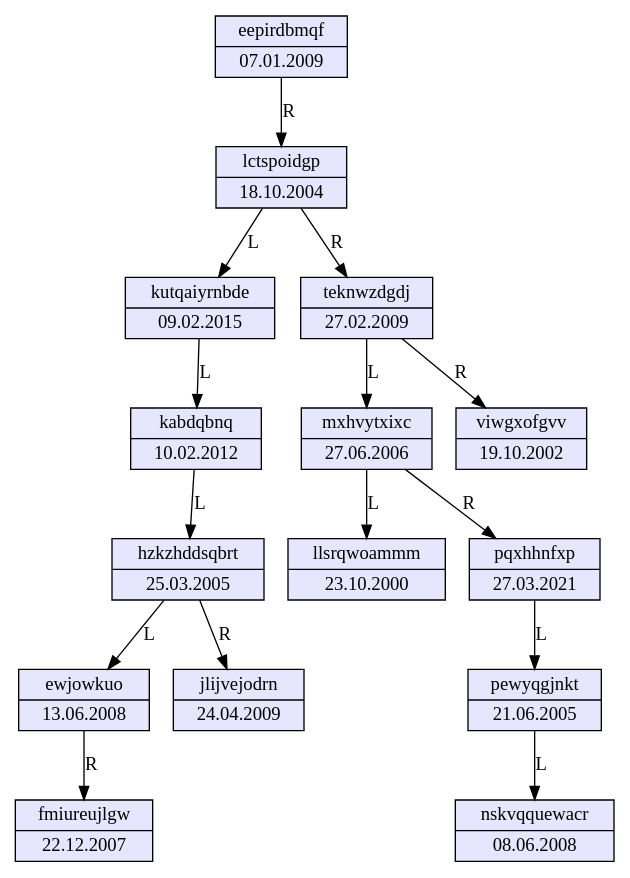
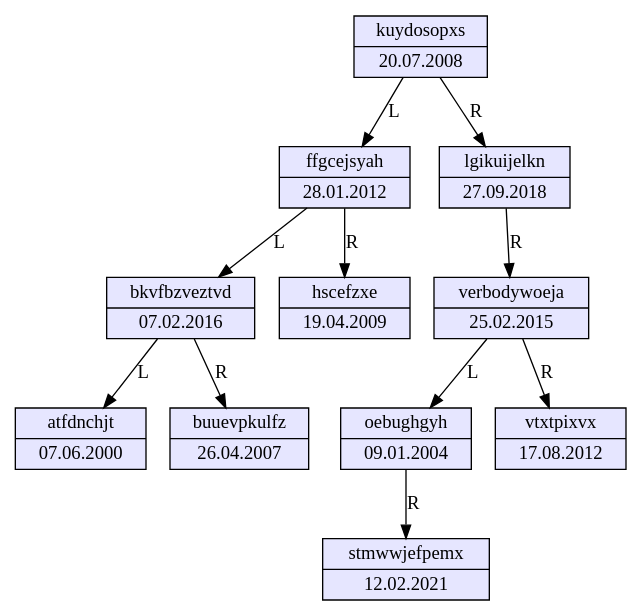
One commit to burindin235/tisd changed the diagram in 6/tree.dot. Above: the diagram before and after it, drawn with Graphviz. The commit also changed 7 other files, not shown here.

```diff
--- a/6/tree.dot
+++ b/6/tree.dot
@@ -1,32 +1,24 @@
 digraph BST {
   node [shape=record, style=filled, fillcolor="#E6E6FF"];
-  "0x62c5305c0ac0" [label="{eepirdbmqf | 07.01.2009}"];
-  "0x62c5305c0ac0" -> "0x62c5305c0b40" [label="R"];
-  "0x62c5305c0b40" [label="{lctspoidgp | 18.10.2004}"];
-  "0x62c5305c0b40" -> "0x62c5305c0bc0" [label="L"];
-  "0x62c5305c0bc0" [label="{kutqaiyrnbde | 09.02.2015}"];
-  "0x62c5305c0bc0" -> "0x62c5305c0cc0" [label="L"];
-  "0x62c5305c0cc0" [label="{kabdqbnq | 10.02.2012}"];
-  "0x62c5305c0cc0" -> "0x62c5305c0d40" [label="L"];
-  "0x62c5305c0d40" [label="{hzkzhddsqbrt | 25.03.2005}"];
-  "0x62c5305c0d40" -> "0x62c5305c0dc0" [label="L"];
-  "0x62c5305c0dc0" [label="{ewjowkuo | 13.06.2008}"];
-  "0x62c5305c0dc0" -> "0x62c5305c1530" [label="R"];
-  "0x62c5305c1530" [label="{fmiureujlgw | 22.12.2007}"];
-  "0x62c5305c0d40" -> "0x62c5305c1330" [label="R"];
-  "0x62c5305c1330" [label="{jlijvejodrn | 24.04.2009}"];
-  "0x62c5305c0b40" -> "0x62c5305c0c40" [label="R"];
-  "0x62c5305c0c40" [label="{teknwzdgdj | 27.02.2009}"];
-  "0x62c5305c0c40" -> "0x62c5305c1230" [label="L"];
-  "0x62c5305c1230" [label="{mxhvytxixc | 27.06.2006}"];
-  "0x62c5305c1230" -> "0x62c5305c12b0" [label="L"];
-  "0x62c5305c12b0" [label="{llsrqwoammm | 23.10.2000}"];
-  "0x62c5305c1230" -> "0x62c5305c13b0" [label="R"];
-  "0x62c5305c13b0" [label="{pqxhhnfxp | 27.03.2021}"];
-  "0x62c5305c13b0" -> "0x62c5305c1430" [label="L"];
-  "0x62c5305c1430" [label="{pewyqgjnkt | 21.06.2005}"];
-  "0x62c5305c1430" -> "0x62c5305c15b0" [label="L"];
-  "0x62c5305c15b0" [label="{nskvqquewacr | 08.06.2008}"];
-  "0x62c5305c0c40" -> "0x62c5305c14b0" [label="R"];
-  "0x62c5305c14b0" [label="{viwgxofgvv | 19.10.2002}"];
+  "0x597ca37a0ac0" [label="{kuydosopxs | 20.07.2008}"];
+  "0x597ca37a0ac0" -> "0x597ca37a0bc0" [label="L"];
+  "0x597ca37a0bc0" [label="{ffgcejsyah | 28.01.2012}"];
+  "0x597ca37a0bc0" -> "0x597ca37a0d40" [label="L"];
+  "0x597ca37a0d40" [label="{bkvfbzveztvd | 07.02.2016}"];
+  "0x597ca37a0d40" -> "0x597ca37a1330" [label="L"];
+  "0x597ca37a1330" [label="{atfdnchjt | 07.06.2000}"];
+  "0x597ca37a0d40" -> "0x597ca37a0e40" [label="R"];
+  "0x597ca37a0e40" [label="{buuevpkulfz | 26.04.2007}"];
+  "0x597ca37a0bc0" -> "0x597ca37a13b0" [label="R"];
+  "0x597ca37a13b0" [label="{hscefzxe | 19.04.2009}"];
+  "0x597ca37a0ac0" -> "0x597ca37a0b40" [label="R"];
+  "0x597ca37a0b40" [label="{lgikuijelkn | 27.09.2018}"];
+  "0x597ca37a0b40" -> "0x597ca37a0c40" [label="R"];
+  "0x597ca37a0c40" [label="{verbodywoeja | 25.02.2015}"];
+  "0x597ca37a0c40" -> "0x597ca37a0cc0" [label="L"];
+  "0x597ca37a0cc0" [label="{oebughgyh | 09.01.2004}"];
+  "0x597ca37a0cc0" -> "0x597ca37a0dc0" [label="R"];
+  "0x597ca37a0dc0" [label="{stmwwjefpemx | 12.02.2021}"];
+  "0x597ca37a0c40" -> "0x597ca37a12b0" [label="R"];
+  "0x597ca37a12b0" [label="{vtxtpixvx | 17.08.2012}"];
 }
```
